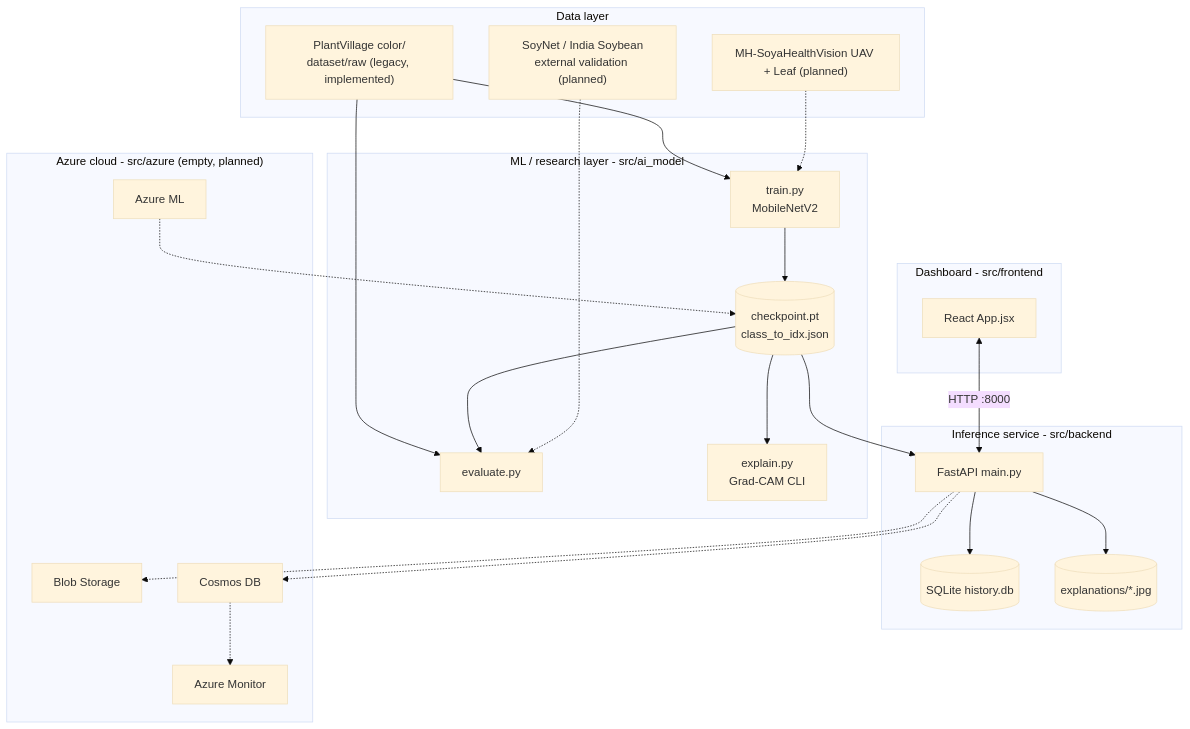
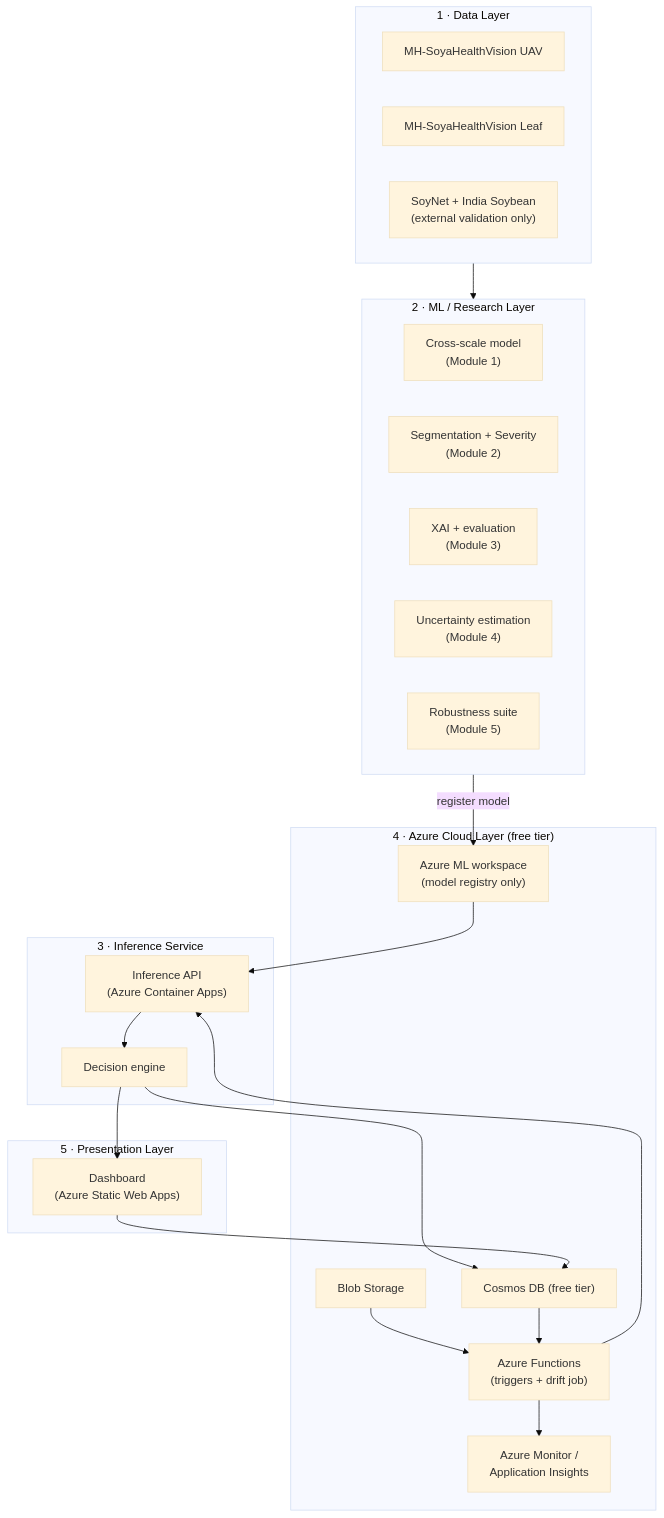
One commit to keshavsukhija9/CropDiseaseXAI_Azure_Cloud_Project_2026 changed the first of 11 diagrams in ARCHITECTURE.md. Above: the diagram before and after it, drawn with Mermaid (base theme). The commit also changed other lines of this file, not shown here.

Commit message:
Updated Architecture of project

````diff
--- a/ARCHITECTURE.md
+++ b/ARCHITECTURE.md
@@ -41,42 +80,45 @@
 ```mermaid
 flowchart TB
-    subgraph DATA["Data layer"]
-        PV["PlantVillage color/<br/>dataset/raw (legacy, implemented)"]
-        MH["MH-SoyaHealthVision UAV + Leaf (planned)"]
-        EXT["SoyNet / India Soybean<br/>external validation (planned)"]
+    subgraph L1["1 · Data Layer"]
+        UAV["MH-SoyaHealthVision UAV"]
+        LEAF["MH-SoyaHealthVision Leaf"]
+        EXT["SoyNet + India Soybean<br/>(external validation only)"]
     end
-    subgraph ML["ML / research layer - src/ai_model"]
-        TRAIN["train.py<br/>MobileNetV2"]
-        EVAL["evaluate.py"]
-        EXPL["explain.py<br/>Grad-CAM CLI"]
-        CKPT[("checkpoint.pt<br/>class_to_idx.json")]
+
+    subgraph L2["2 · ML / Research Layer"]
+        M1["Cross-scale model<br/>(Module 1)"]
+        M2["Segmentation + Severity<br/>(Module 2)"]
+        M3["XAI + evaluation<br/>(Module 3)"]
+        M4["Uncertainty estimation<br/>(Module 4)"]
+        M5["Robustness suite<br/>(Module 5)"]
     end
-    subgraph SVC["Inference service - src/backend"]
-        API["FastAPI main.py"]
-        SQL[("SQLite history.db")]
-        HEAT[("explanations/*.jpg")]
+
+    subgraph L3["3 · Inference Service"]
+        API["Inference API<br/>(Azure Container Apps)"]
+        DEC["Decision engine"]
     end
-    subgraph AZ["Azure cloud - src/azure (empty, planned)"]
+
+    subgraph L4["4 · Azure Cloud Layer (free tier)"]
         BLOB["Blob Storage"]
-        AML["Azure ML"]
-        COS["Cosmos DB"]
-        MON["Azure Monitor"]
+        FUNC["Azure Functions<br/>(triggers + drift job)"]
+        AML["Azure ML workspace<br/>(model registry only)"]
+        COS["Cosmos DB (free tier)"]
+        MON["Azure Monitor /<br/>Application Insights"]
     end
-    subgraph UI["Dashboard - src/frontend"]
-        APP["React App.jsx"]
+
+    subgraph L5["5 · Presentation Layer"]
+        DASH["Dashboard<br/>(Azure Static Web Apps)"]
     end
-    PV --> TRAIN --> CKPT
-    PV --> EVAL
-    CKPT --> EVAL
-    CKPT --> EXPL
-    CKPT --> API
-    API --> SQL
-    API --> HEAT
-    APP <-->|"HTTP :8000"| API
-    MH -.-> TRAIN
-    EXT -.-> EVAL
-    API -.-> BLOB
-    API -.-> COS
-    AML -.-> CKPT
-    COS -.-> MON
+
+    L1 --> L2
+    L2 -->|register model| AML
+    AML --> API
+    BLOB --> FUNC
+    FUNC --> API
+    API --> DEC
+    DEC --> COS
+    DEC --> DASH
+    COS --> FUNC
+    FUNC --> MON
+    DASH --> COS
 ```
````
